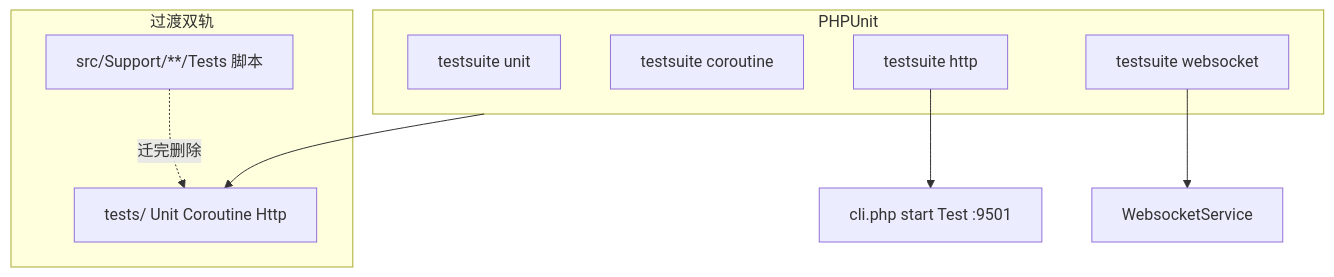
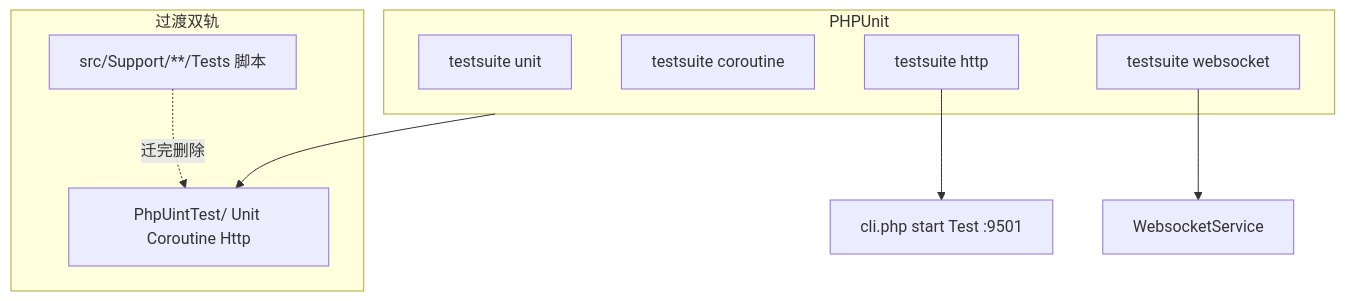
Before and after one commit to bingcool/swoolefy: the diagram in docs/PHPUnitTest.md, drawn with Mermaid. The commit also changed other lines of this file and 132 other files, not shown here.

Commit message:
Support PhpUint Test

````diff
--- a/docs/PHPUnitTest.md
+++ b/docs/PHPUnitTest.md
@@ -104,17 +107,17 @@
 ```mermaid
 flowchart TB
   subgraph runner [PHPUnit]
     U[testsuite unit]
     C[testsuite coroutine]
     H[testsuite http]
     W[testsuite websocket]
   end
   subgraph dual [过渡双轨]
     Old["src/Support/**/Tests 脚本"]
-    New["tests/ Unit Coroutine Http"]
+    New["PhpUintTest/ Unit Coroutine Http"]
   end
   runner --> New
   Old -.->|"迁完删除"| New
   H --> Srv["cli.php start Test :9501"]
   W --> WsSrv["WebsocketService"]
 ```
````
